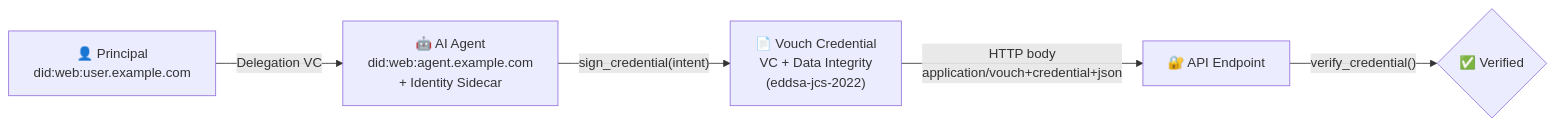
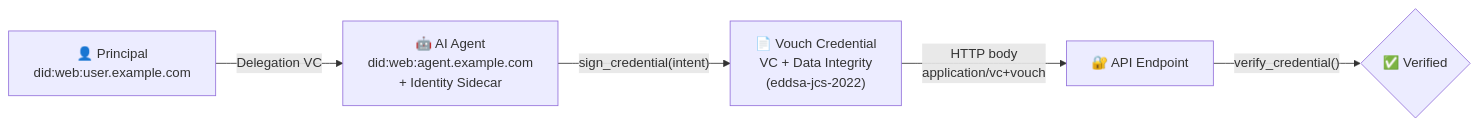
The first of 2 diagrams in README.md (vouch-protocol/vouch), drawn with Mermaid before and after one commit. The commit also changed other lines of this file and 84 other files, not shown here.

````diff
--- a/README.md
+++ b/README.md
@@ -112,13 +114,13 @@
 ```mermaid
 flowchart LR
   P["👤 Principal<br/>did:web:user.example.com"]
   A["🤖 AI Agent<br/>did:web:agent.example.com<br/>+ Identity Sidecar"]
   C["📄 Vouch Credential<br/>VC + Data Integrity<br/>(eddsa-jcs-2022)"]
   API["🔐 API Endpoint"]
   V{"✅ Verified"}
 
   P -->|"Delegation VC"| A
   A -->|"sign_credential(intent)"| C
-  C -->|"HTTP body<br/>application/vouch+credential+json"| API
+  C -->|"HTTP body<br/>application/vc+vouch"| API
   API -->|"verify_credential()"| V
 ```
````
